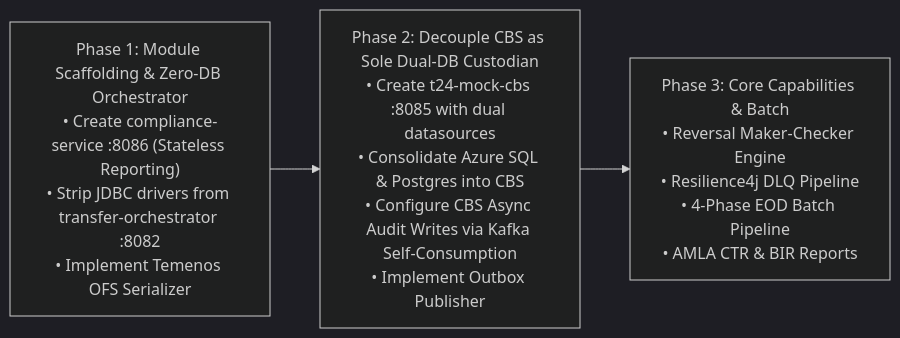
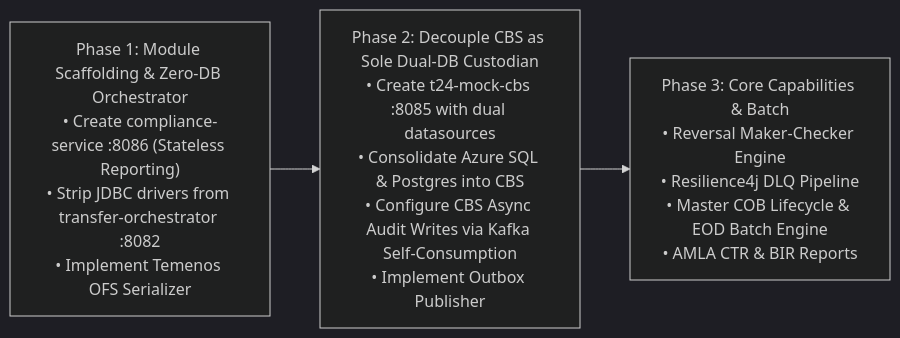
Before and after one commit to romzelmadidev/group3_fse_capstone: diagram 29 of 29 in docs/architecture/TARGET_ARCHITECTURE_TRANSITION_DESIGN.md, drawn with Mermaid (dark theme). The commit also changed other lines of this file and 114 other files, not shown here.

````diff
--- a/docs/architecture/TARGET_ARCHITECTURE_TRANSITION_DESIGN.md
+++ b/docs/architecture/TARGET_ARCHITECTURE_TRANSITION_DESIGN.md
@@ -2574,8 +2818,8 @@
 ```mermaid
 flowchart LR
     M1["Phase 1: Module Scaffolding & Zero-DB Orchestrator<br/>• Create compliance-service :8086 (Stateless Reporting)<br/>• Strip JDBC drivers from transfer-orchestrator :8082<br/>• Implement Temenos OFS Serializer"]
     M2["Phase 2: Decouple CBS as Sole Dual-DB Custodian<br/>• Create t24-mock-cbs :8085 with dual datasources<br/>• Consolidate Azure SQL & Postgres into CBS<br/>• Configure CBS Async Audit Writes via Kafka Self-Consumption<br/>• Implement Outbox Publisher"]
-    M3["Phase 3: Core Capabilities & Batch<br/>• Reversal Maker-Checker Engine<br/>• Resilience4j DLQ Pipeline<br/>• 4-Phase EOD Batch Pipeline<br/>• AMLA CTR & BIR Reports"]
+    M3["Phase 3: Core Capabilities & Batch<br/>• Reversal Maker-Checker Engine<br/>• Resilience4j DLQ Pipeline<br/>• Master COB Lifecycle & EOD Batch Engine<br/>• AMLA CTR & BIR Reports"]
 
     M1 --> M2 --> M3
 ```
````
